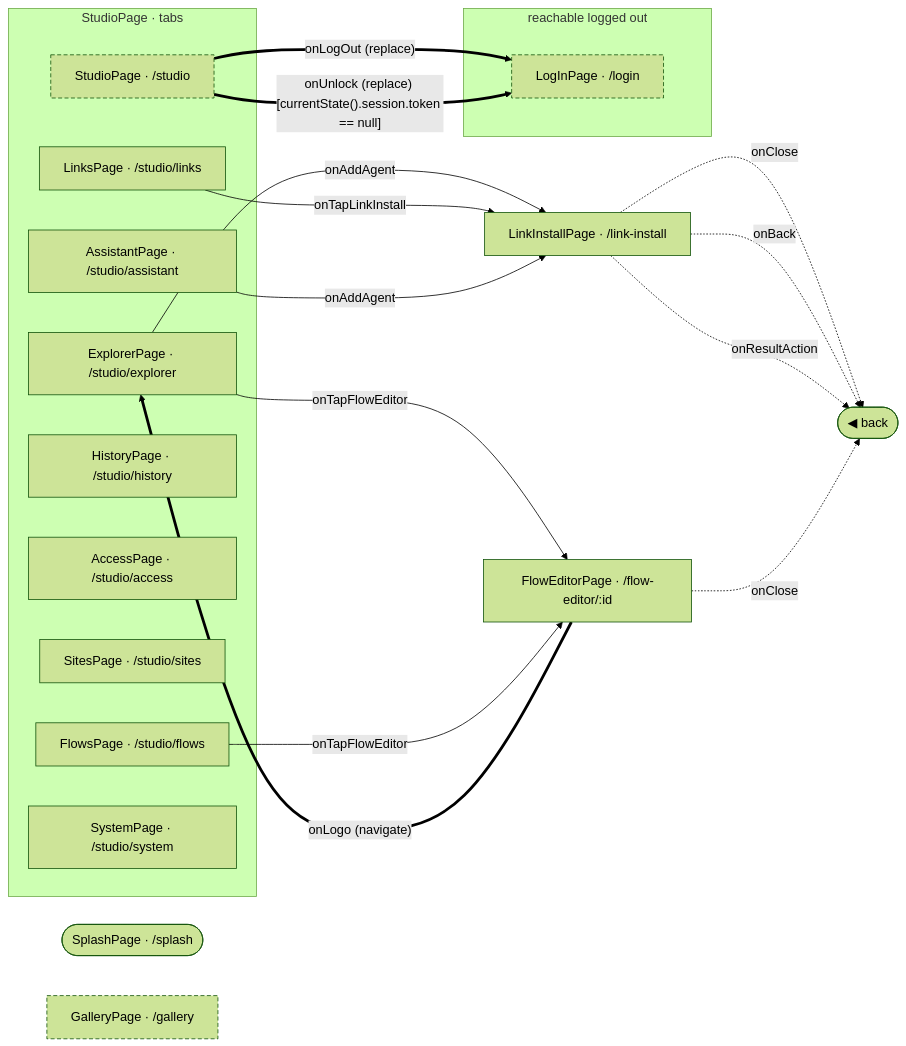
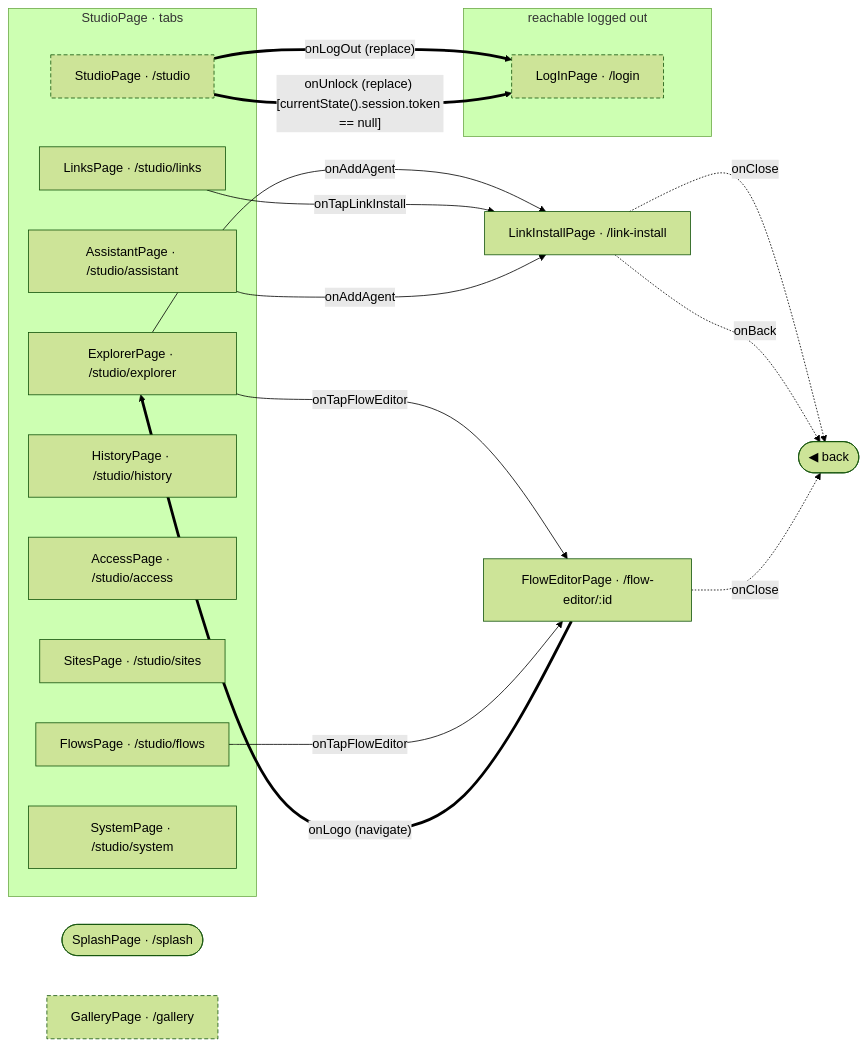
One commit to gencto/wyrm changed the diagram in studio/docs/flows/README.md. Above: the diagram before and after it, drawn with Mermaid (forest theme). The commit also changed other lines of this file and 85 other files, not shown here.

````diff
--- a/studio/docs/flows/README.md
+++ b/studio/docs/flows/README.md
@@ -7,38 +7,37 @@
 ```mermaid
 flowchart LR
     subgraph frxPublic["reachable logged out"]
         logIn["LogInPage · /login"]
     end
     splash(["SplashPage · /splash"])
     gallery["GalleryPage · /gallery"]
     subgraph frxTabs_studio["StudioPage · tabs"]
         studio["StudioPage · /studio"]
         explorer["ExplorerPage · /studio/explorer"]
         links["LinksPage · /studio/links"]
         flows["FlowsPage · /studio/flows"]
         history["HistoryPage · /studio/history"]
         access["AccessPage · /studio/access"]
         sites["SitesPage · /studio/sites"]
         assistant["AssistantPage · /studio/assistant"]
         system["SystemPage · /studio/system"]
     end
     linkInstall["LinkInstallPage · /link-install"]
     flowEditor["FlowEditorPage · /flow-editor/:id"]
     frxBack(["◀ back"])
 
     studio ==>|"onLogOut (replace)"| logIn
     studio ==>|"onUnlock (replace) [currentState().session.token == null]"| logIn
     explorer -->|"onTapFlowEditor"| flowEditor
     explorer -->|"onAddAgent"| linkInstall
     links -->|"onTapLinkInstall"| linkInstall
     flows -->|"onTapFlowEditor"| flowEditor
     assistant -->|"onAddAgent"| linkInstall
     linkInstall -.->|"onClose"| frxBack
     linkInstall -.->|"onBack"| frxBack
-    linkInstall -.->|"onResultAction"| frxBack
     flowEditor -.->|"onClose"| frxBack
     flowEditor ==>|"onLogo (navigate)"| explorer
 
     classDef frxEntry stroke-dasharray: 5 3
     class logIn,gallery,studio frxEntry
 ```
````
